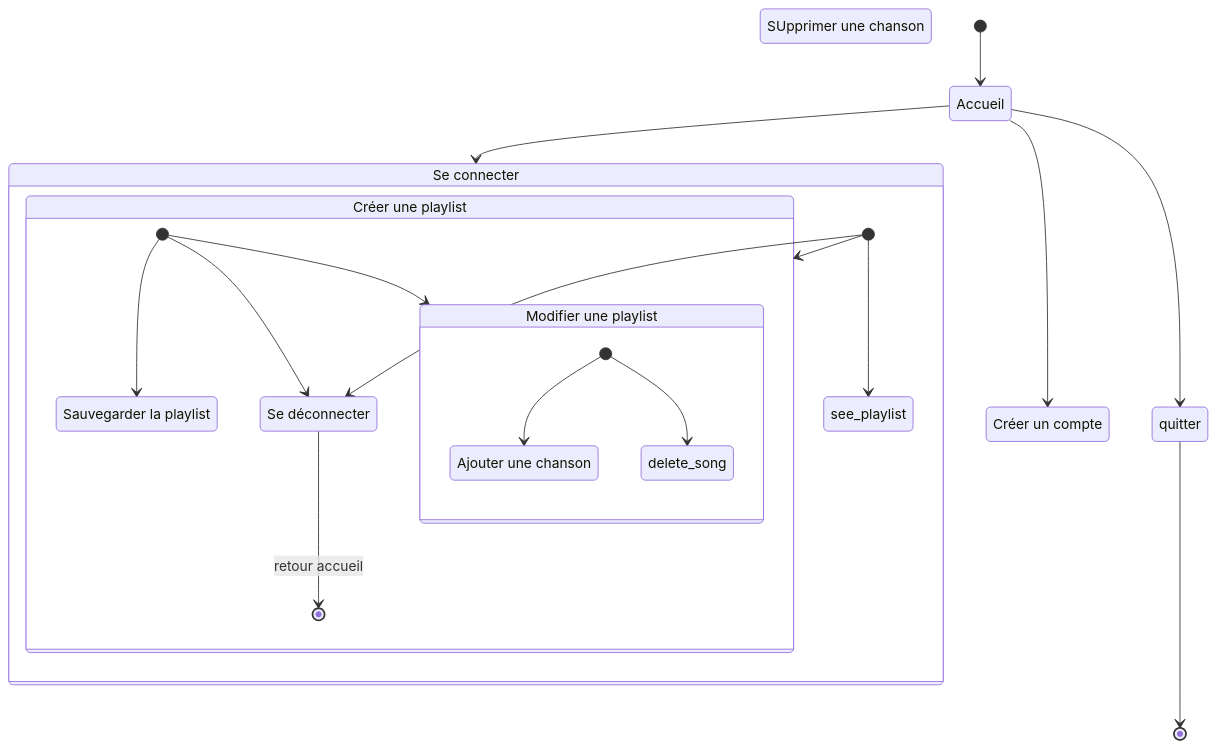
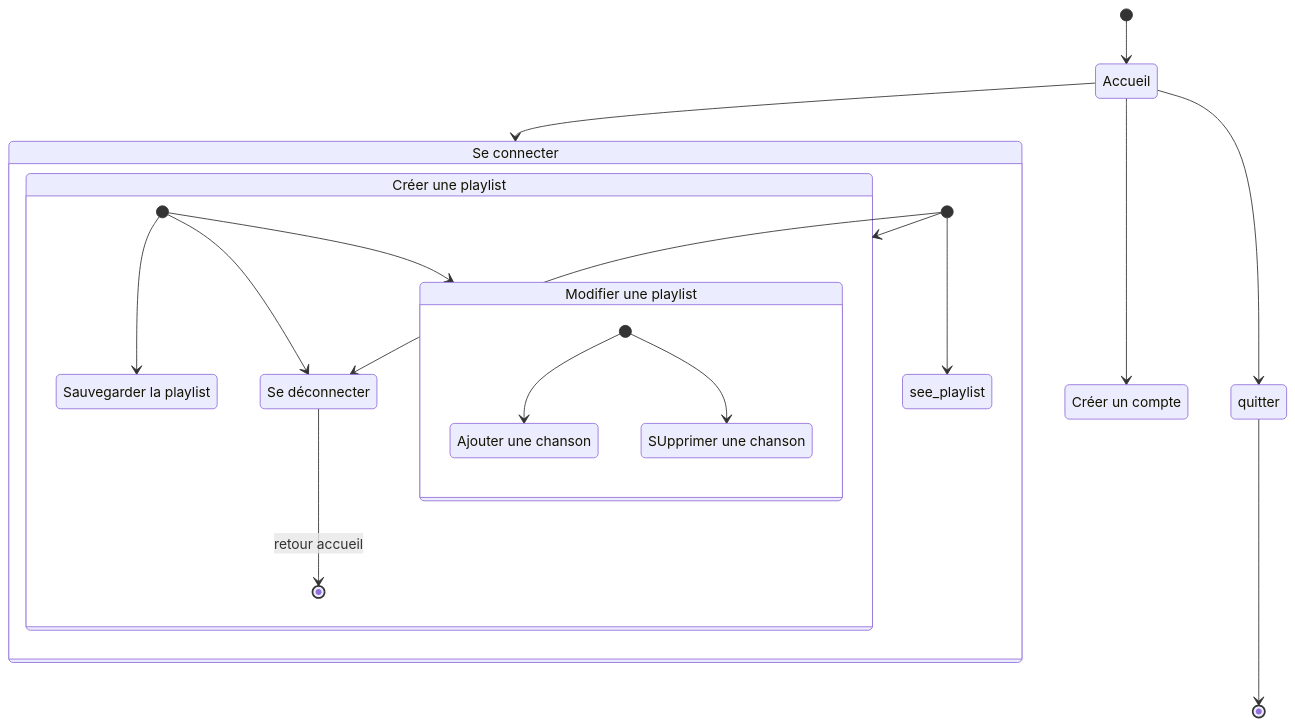
The diagram in doc/tracking/diag_activities.md (luteceagn/ENSAI-Projet-info-2A), drawn with Mermaid before and after one commit.

````diff
--- a/doc/tracking/diag_activities.md
+++ b/doc/tracking/diag_activities.md
@@ -5,38 +5,38 @@
 ```mermaid
 stateDiagram
     login : Se connecter
     logon : Créer un compte
     add_song : Ajouter une chanson
     Delete_song : SUpprimer une chanson
     create_playlist : Créer une playlist
     modifie_playlist : Modifier une playlist
     save_playlist : Sauvegarder la playlist
     logout : Se déconnecter
     
     [*] --> Accueil
     
     Accueil --> login
     
     
     Accueil --> logon
     
     Accueil --> quitter
     quitter --> [*]
     
     state login {
         [*]--> create_playlist
         [*]--> see_playlist
         [*]--> logout
     }
     state create_playlist {
     	[*] --> save_playlist
     	[*] --> modifie_playlist
     	[*] --> logout
         logout --> [*]:retour accueil
     }
 
     state modifie_playlist {
         [*]--> add_song
-        [*]--> delete_song
+        [*]--> Delete_song
     }
 ```
````
